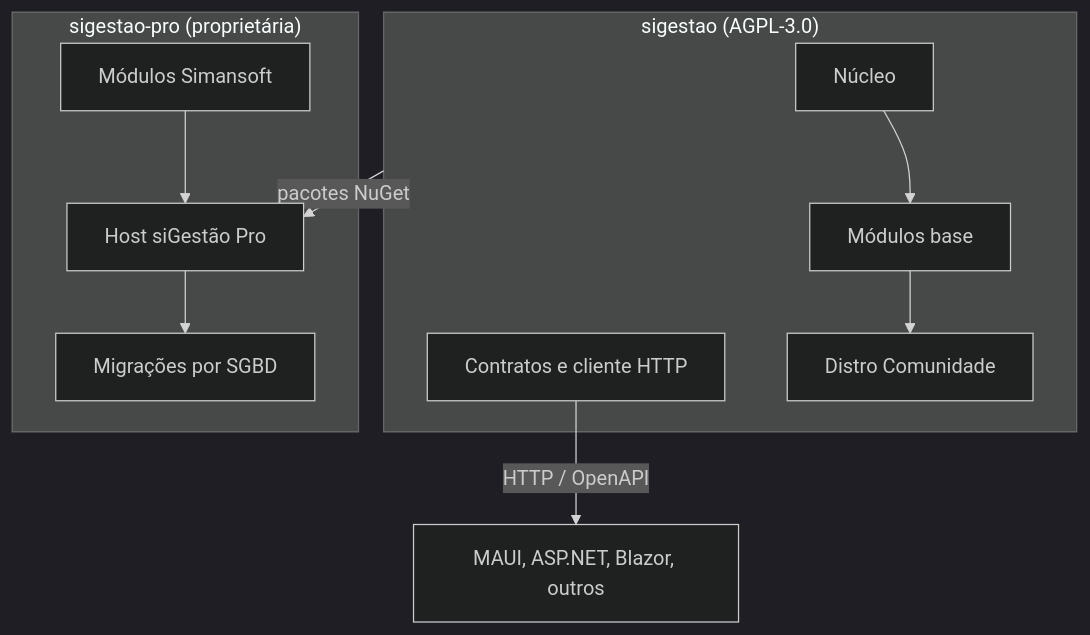
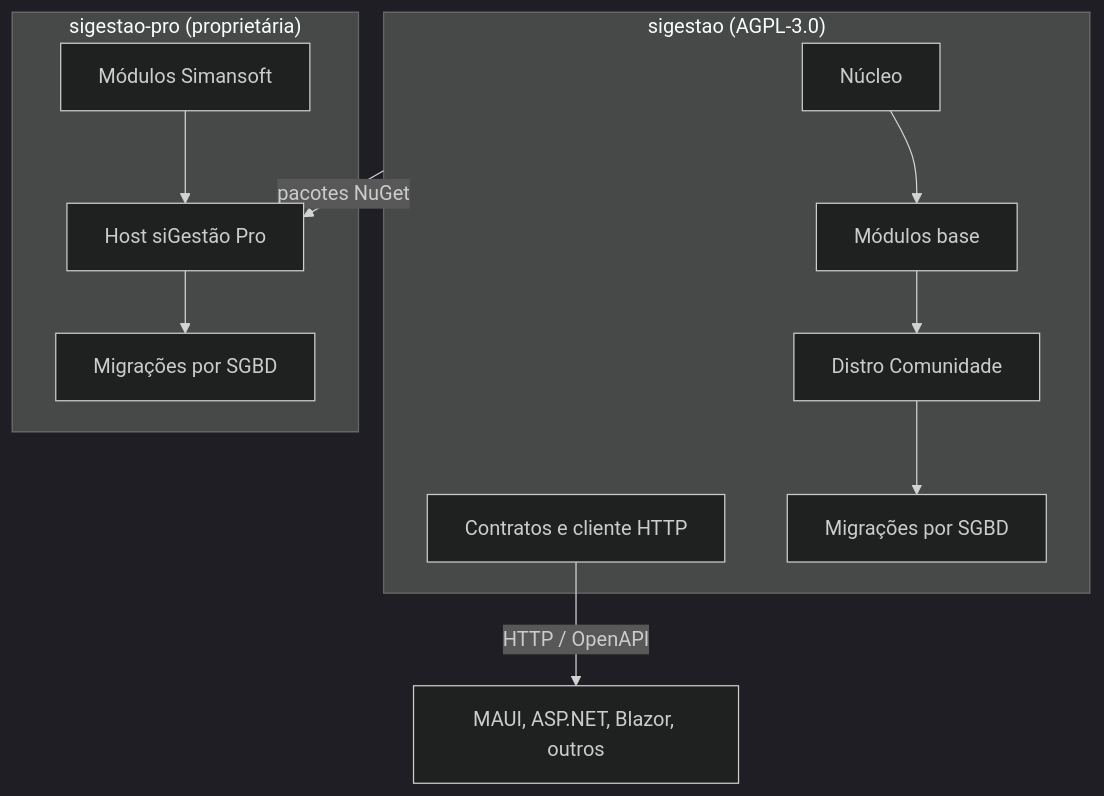
One commit to SimansoftMZ/sigestao changed the diagram in docs/arquitectura/visao-geral.md. Above: the diagram before and after it, drawn with Mermaid (dark theme). The commit also changed 18 other files, not shown here.

````diff
--- a/docs/arquitectura/visao-geral.md
+++ b/docs/arquitectura/visao-geral.md
@@ -38,20 +38,22 @@
 ```mermaid
 flowchart TD
     subgraph base["sigestao (AGPL-3.0)"]
         nucleo[Núcleo]
         modulos[Módulos base]
         contratos[Contratos e cliente HTTP]
         comunidade[Distro Comunidade]
+        migracoesCom[Migrações por SGBD]
     end
     subgraph pro["sigestao-pro (proprietária)"]
         host[Host siGestão Pro]
         proprios[Módulos Simansoft]
         migracoes[Migrações por SGBD]
     end
     nucleo --> modulos
     modulos --> comunidade
+    comunidade --> migracoesCom
     base -- pacotes NuGet --> host
     proprios --> host
     host --> migracoes
     contratos -- HTTP / OpenAPI --> clientes[MAUI, ASP.NET, Blazor, outros]
 ```
````
